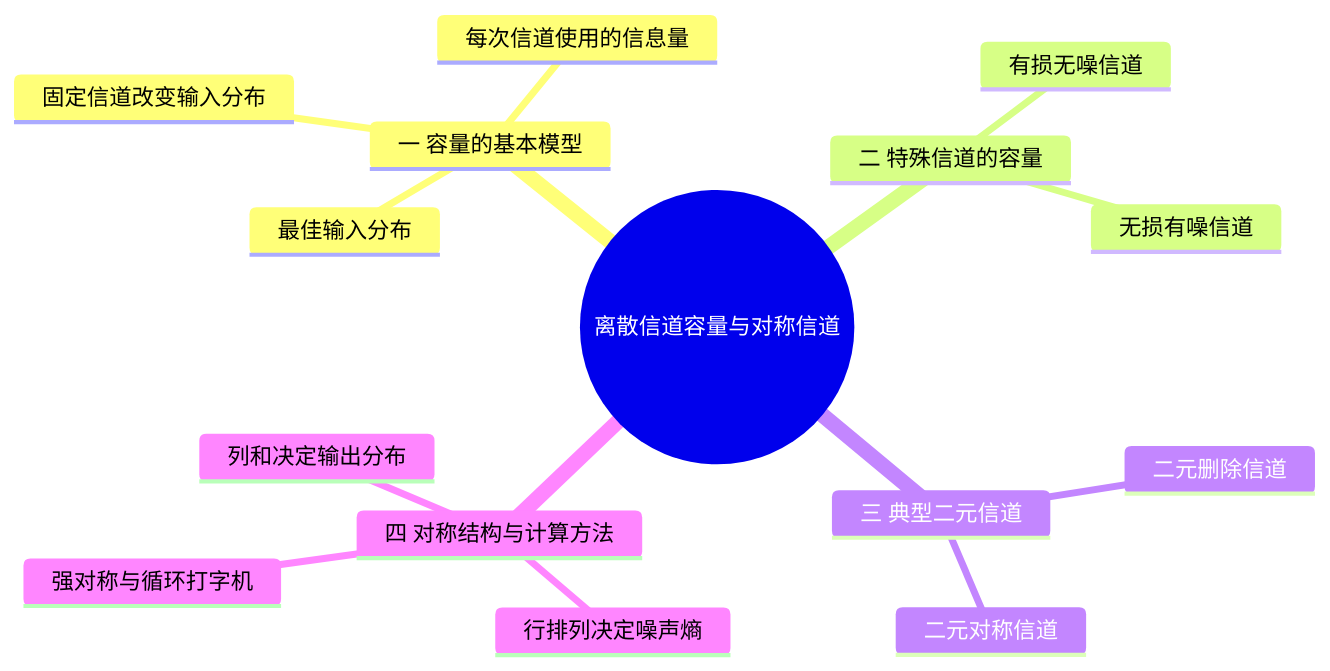
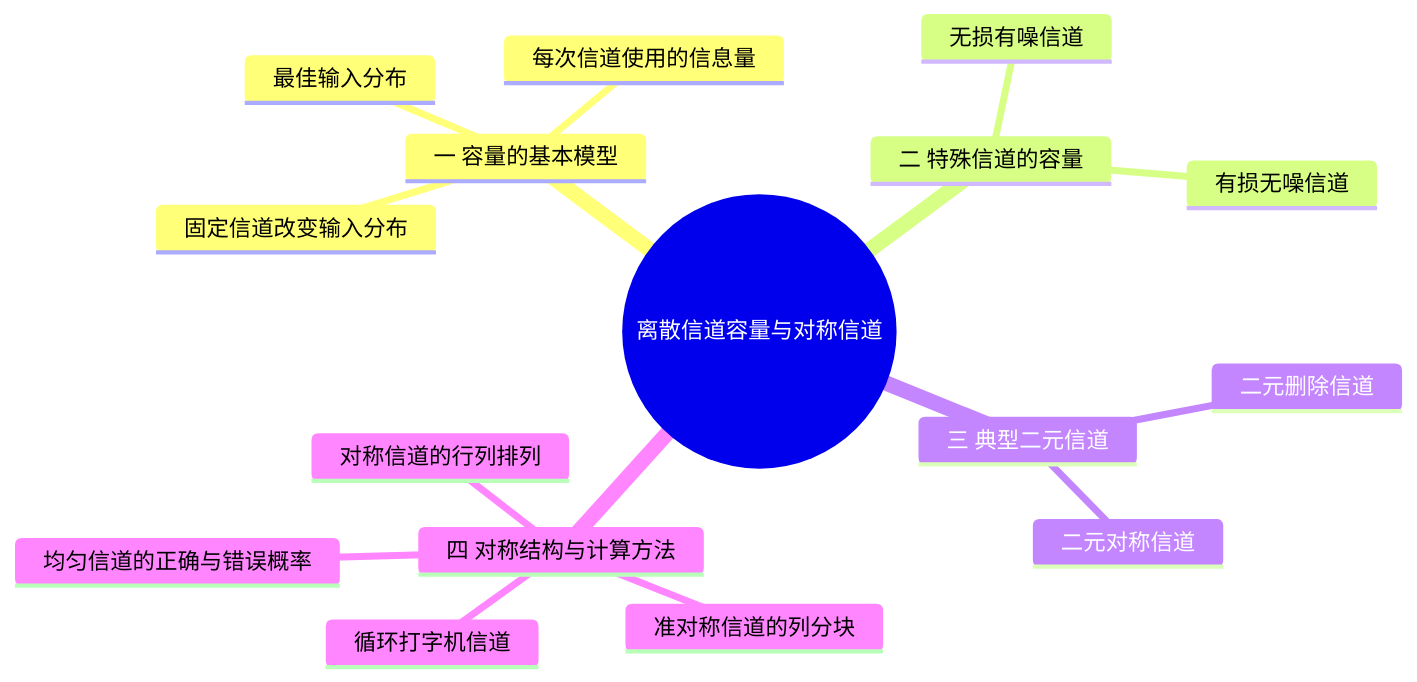
The first of 2 diagrams in 学习/学校课程/信息论基础（2学分）/08 第8课 离散信道容量与对称信道.md (3280441136-lab/My_Obsidian_Notes), drawn with Mermaid before and after one commit. The commit also changed other lines of this file and 1 other file, not shown here.

````diff
--- a/学习/学校课程/信息论基础（2学分）/08 第8课 离散信道容量与对称信道.md
+++ b/学习/学校课程/信息论基础（2学分）/08 第8课 离散信道容量与对称信道.md
@@ -5,18 +5,19 @@
 ```mermaid
 mindmap
   root((离散信道容量与对称信道))
     一 容量的基本模型
       固定信道改变输入分布
       最佳输入分布
       每次信道使用的信息量
     二 特殊信道的容量
       无损有噪信道
       有损无噪信道
     三 典型二元信道
       二元删除信道
       二元对称信道
     四 对称结构与计算方法
-      行排列决定噪声熵
-      列和决定输出分布
-      强对称与循环打字机
+      对称信道的行列排列
+      均匀信道的正确与错误概率
+      准对称信道的列分块
+      循环打字机信道
 ```
````
